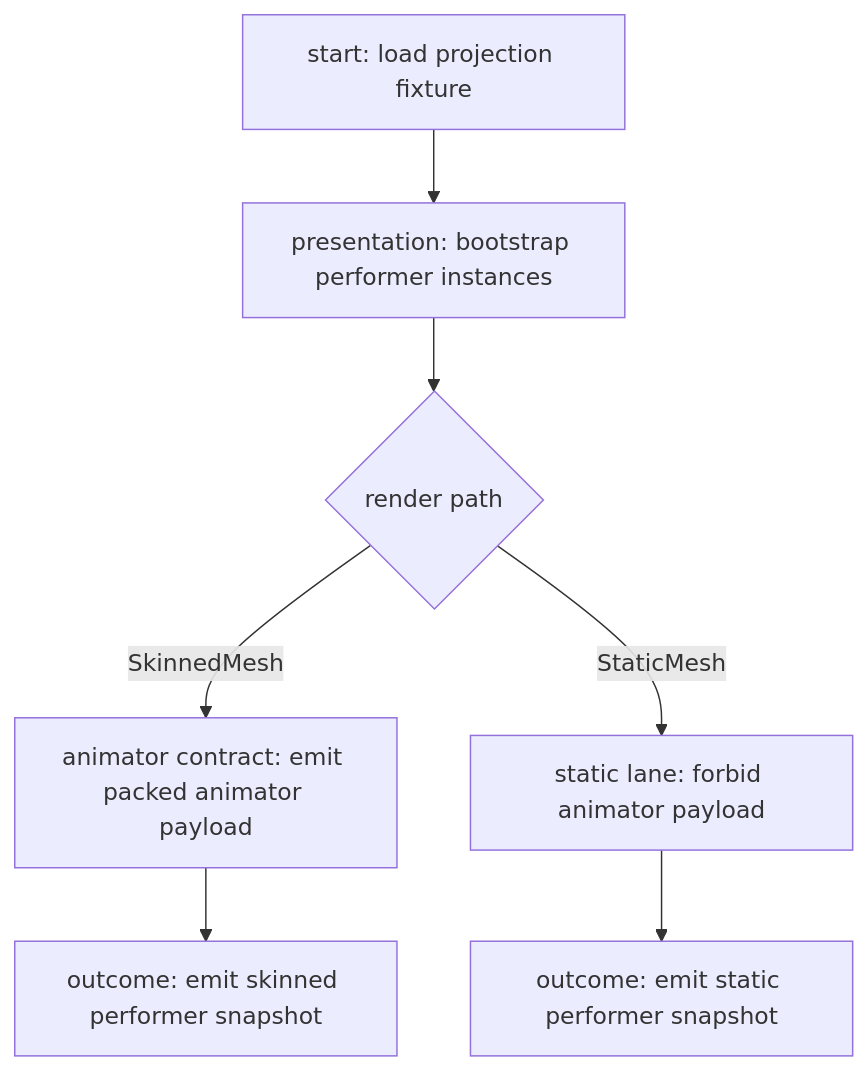
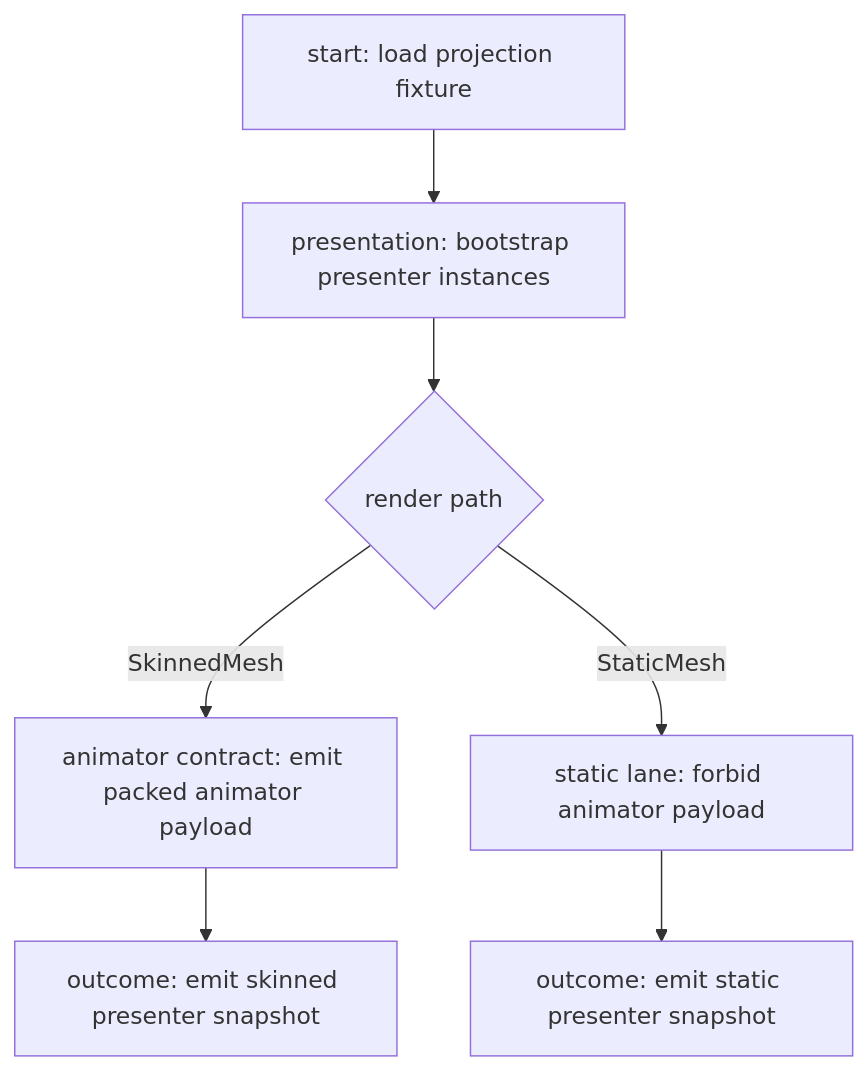
Before and after one commit to MightyBubble/Ludots: the diagram in artifacts/acceptance/presentation-skinned-runtime-contract/path.mmd, drawn with Mermaid. The commit also changed 35 other files, not shown here.

```diff
--- a/artifacts/acceptance/presentation-skinned-runtime-contract/path.mmd
+++ b/artifacts/acceptance/presentation-skinned-runtime-contract/path.mmd
@@ -1,7 +1,7 @@
 flowchart TD
-    A[start: load projection fixture] --> B[presentation: bootstrap performer instances]
+    A[start: load projection fixture] --> B[presentation: bootstrap presenter instances]
     B --> C{render path}
     C -->|SkinnedMesh| D[animator contract: emit packed animator payload]
     C -->|StaticMesh| E[static lane: forbid animator payload]
-    D --> F[outcome: emit skinned performer snapshot]
-    E --> G[outcome: emit static performer snapshot]
+    D --> F[outcome: emit skinned presenter snapshot]
+    E --> G[outcome: emit static presenter snapshot]
```
